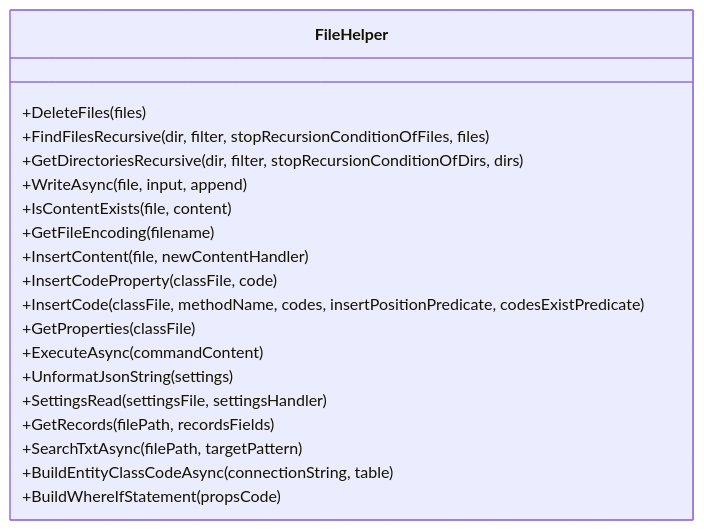
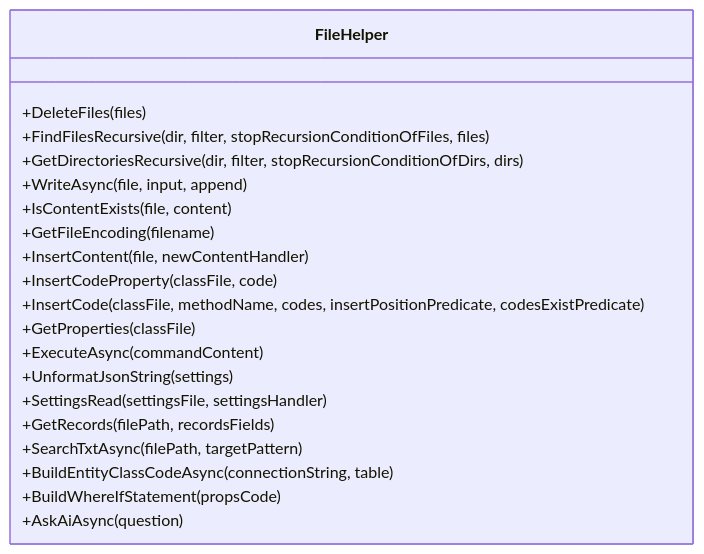
One commit to Sosososolong/AirGo changed the third of 10 diagrams in .qoder/repowiki/zh/content/工具库详解/文件操作工具.md. Above: the diagram before and after it, drawn with Mermaid. The commit also changed other lines of this file and 3 other files, not shown here.

````diff
--- a/.qoder/repowiki/zh/content/工具库详解/文件操作工具.md
+++ b/.qoder/repowiki/zh/content/工具库详解/文件操作工具.md
@@ -161,22 +178,23 @@
 ```mermaid
 classDiagram
 class FileHelper {
 +DeleteFiles(files)
 +FindFilesRecursive(dir, filter, stopRecursionConditionOfFiles, files)
 +GetDirectoriesRecursive(dir, filter, stopRecursionConditionOfDirs, dirs)
 +WriteAsync(file, input, append)
 +IsContentExists(file, content)
 +GetFileEncoding(filename)
 +InsertContent(file, newContentHandler)
 +InsertCodeProperty(classFile, code)
 +InsertCode(classFile, methodName, codes, insertPositionPredicate, codesExistPredicate)
 +GetProperties(classFile)
 +ExecuteAsync(commandContent)
 +UnformatJsonString(settings)
 +SettingsRead(settingsFile, settingsHandler)
 +GetRecords(filePath, recordsFields)
 +SearchTxtAsync(filePath, targetPattern)
 +BuildEntityClassCodeAsync(connectionString, table)
 +BuildWhereIfStatement(propsCode)
++AskAiAsync(question)
 }
 ```
````
